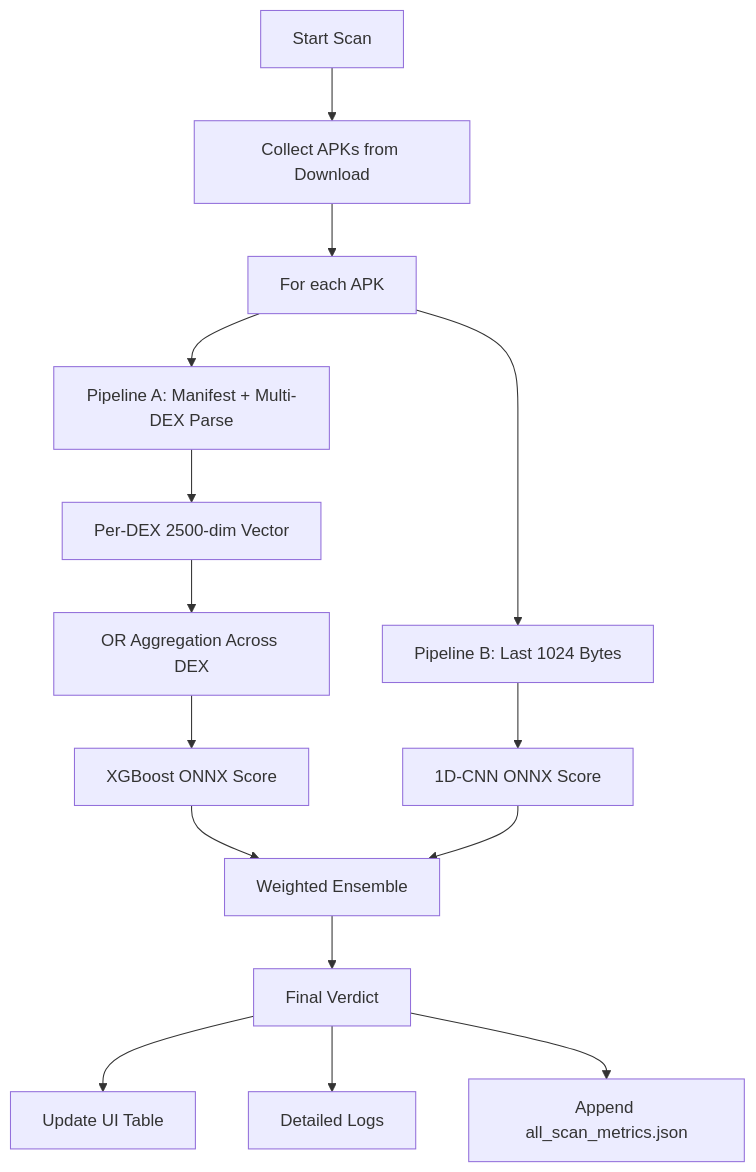
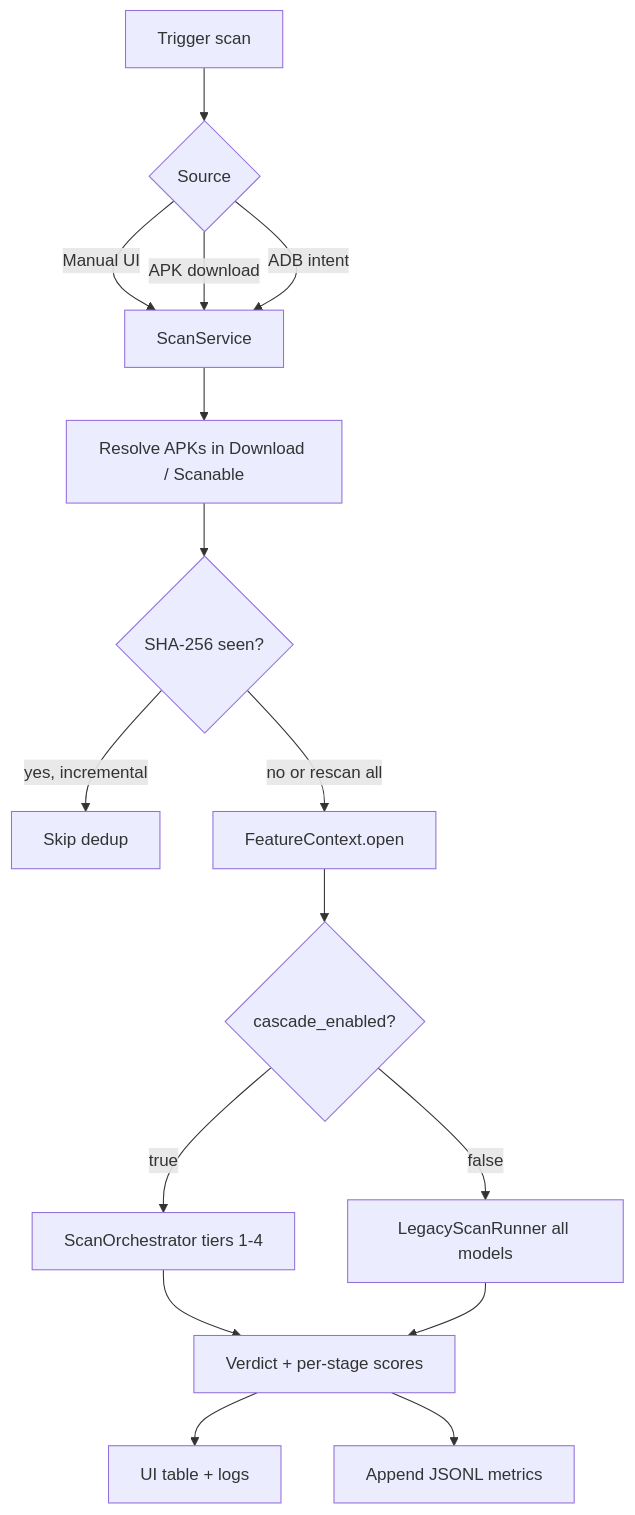
Before and after one commit to JarinTasnimMomo/vigidroid: the diagram in README.md, drawn with Mermaid. The commit also changed other lines of this file, not shown here.

````diff
--- a/README.md
+++ b/README.md
@@ -77,21 +85,21 @@
 ```mermaid
 flowchart TD
-    A[Start Scan] --> B[Collect APKs from Download]
-    B --> C[For each APK]
+    A[Trigger scan] --> B{Source}
+    B -->|Manual UI| C[ScanService]
+    B -->|APK download| C
+    B -->|ADB intent| C
 
-    C --> D1[Pipeline A: Manifest + Multi-DEX Parse]
-    D1 --> D2[Per-DEX 2500-dim Vector]
-    D2 --> D3[OR Aggregation Across DEX]
-    D3 --> D4[XGBoost ONNX Score]
+    C --> D[Resolve APKs in Download / Scanable]
+    D --> E{SHA-256 seen?}
+    E -->|yes, incremental| F[Skip dedup]
+    E -->|no or rescan all| G[FeatureContext.open]
 
-    C --> E1[Pipeline B: Last 1024 Bytes]
-    E1 --> E2[1D-CNN ONNX Score]
+    G --> H{cascade_enabled?}
+    H -->|true| I[ScanOrchestrator tiers 1-4]
+    H -->|false| J[LegacyScanRunner all models]
 
-    D4 --> F[Weighted Ensemble]
-    E2 --> F
-    F --> G[Final Verdict]
-
-    G --> H[Update UI Table]
-    G --> I[Detailed Logs]
-    G --> J[Append all_scan_metrics.json]
+    I --> K[Verdict + per-stage scores]
+    J --> K
+    K --> L[UI table + logs]
+    K --> M[Append JSONL metrics]
 ```
````
